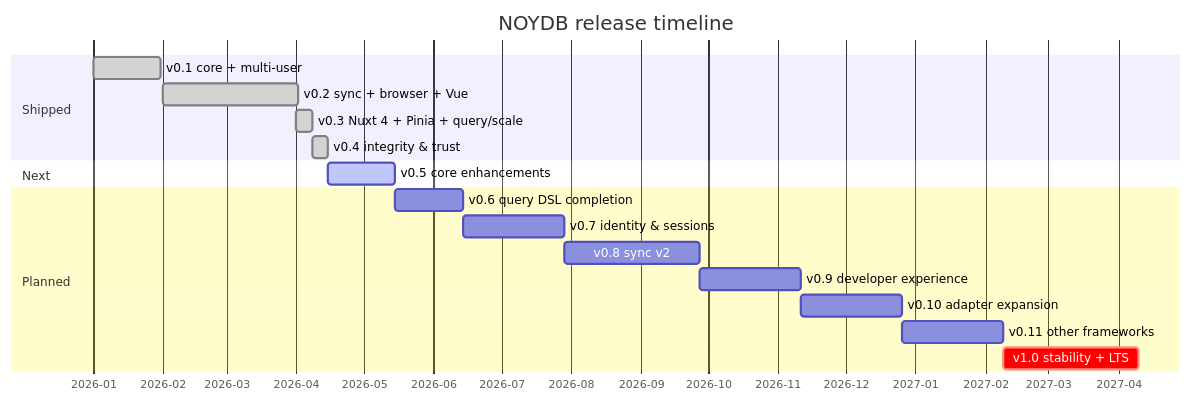
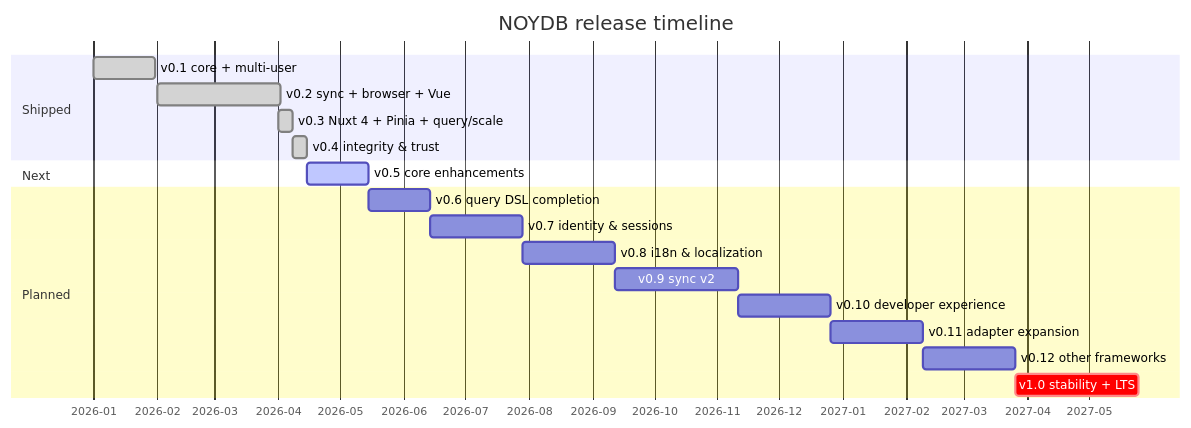
The diagram in ROADMAP.md (vLannaAi/noydb), drawn with Mermaid before and after one commit. The commit also changed other lines of this file and 1 other file, not shown here.

First line of the commit message:
docs(spec+roadmap): add v0.8 i18n epic + plaintext-exit invariant clarification

````diff
--- a/ROADMAP.md
+++ b/ROADMAP.md
@@ -42,21 +43,22 @@
 ```mermaid
 gantt
     title NOYDB release timeline
     dateFormat YYYY-MM
     axisFormat %Y-%m
     section Shipped
     v0.1 core + multi-user           :done,    v01, 2026-01, 30d
     v0.2 sync + browser + Vue        :done,    v02, 2026-02, 60d
     v0.3 Nuxt 4 + Pinia + query/scale :done,   v03, 2026-04, 7d
     v0.4 integrity & trust           :done,    v04, after v03, 7d
     section Next
     v0.5 core enhancements           :active,  v05, after v04, 30d
     section Planned
     v0.6 query DSL completion        :         v06, after v05, 30d
     v0.7 identity & sessions         :         v07, after v06, 45d
-    v0.8 sync v2                     :         v08, after v07, 60d
-    v0.9 developer experience        :         v09, after v08, 45d
-    v0.10 adapter expansion          :         v010, after v09, 45d
-    v0.11 other frameworks           :         v011, after v010, 45d
-    v1.0 stability + LTS             :crit,    v10, after v011, 60d
+    v0.8 i18n & localization         :         v08, after v07, 45d
+    v0.9 sync v2                     :         v09, after v08, 60d
+    v0.10 developer experience       :         v010, after v09, 45d
+    v0.11 adapter expansion          :         v011, after v010, 45d
+    v0.12 other frameworks           :         v012, after v011, 45d
+    v1.0 stability + LTS             :crit,    v10, after v012, 60d
 ```
````
